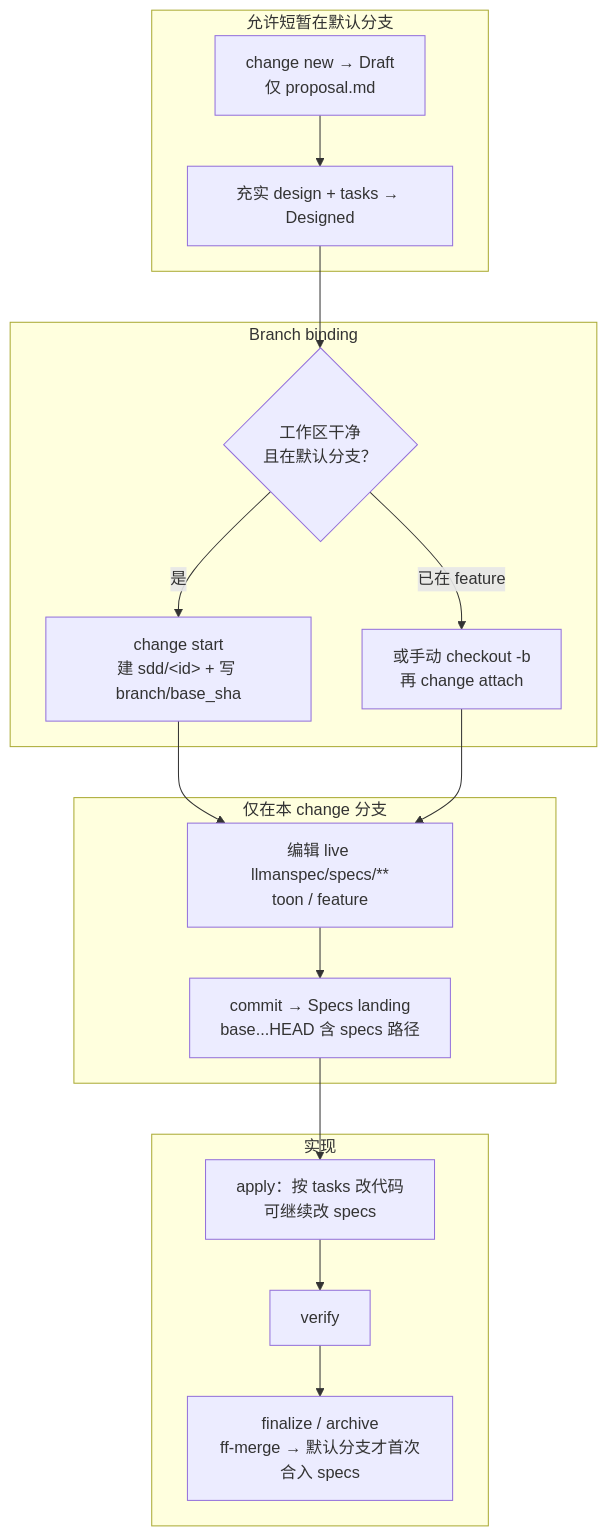
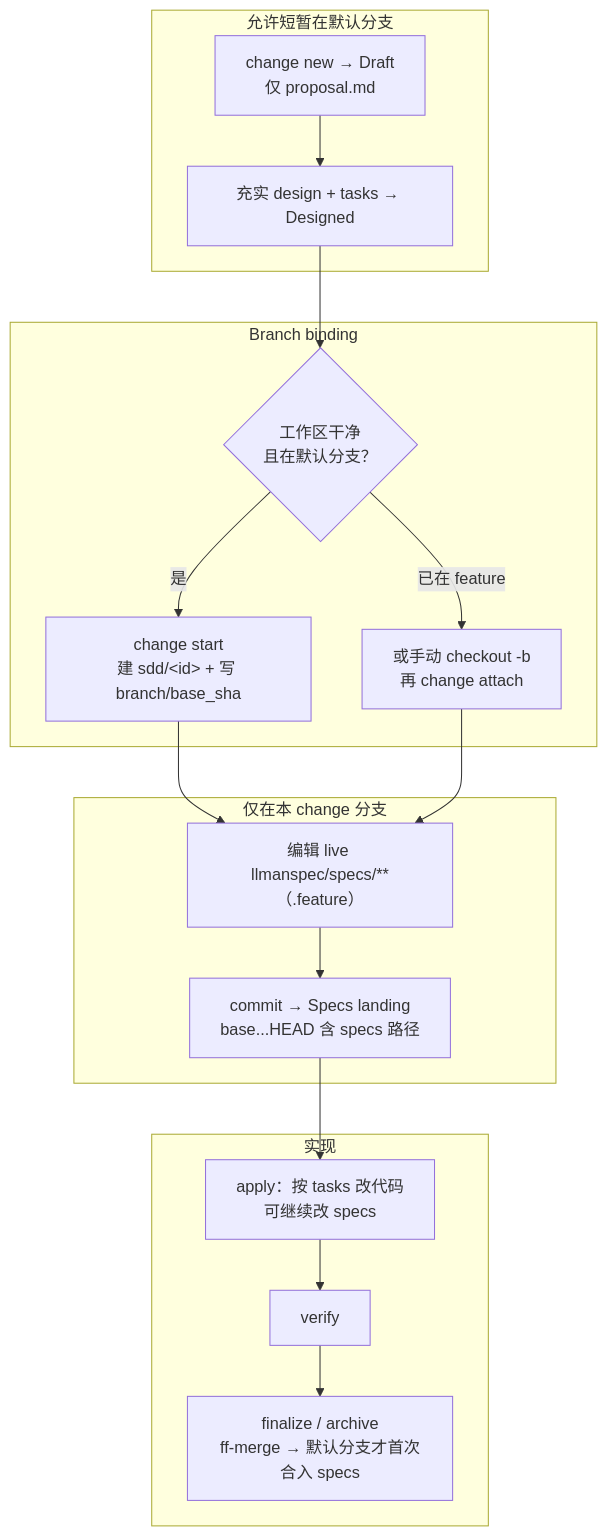
Before and after one commit to StrayDragon/xylitol: the first of 2 diagrams in .agents/skills/llman-sdd-propose/SKILL.md, drawn with Mermaid. The commit also changed other lines of this file and 13 other files, not shown here.

````diff
--- a/.agents/skills/llman-sdd-propose/SKILL.md
+++ b/.agents/skills/llman-sdd-propose/SKILL.md
@@ -21,29 +18,29 @@
 ```mermaid
 flowchart TB
   subgraph main_ok["允许短暂在默认分支"]
     A["change new → Draft<br/>仅 proposal.md"]
     B["充实 design + tasks → Designed"]
   end
 
   subgraph gate_start["Branch binding"]
     C{"工作区干净<br/>且在默认分支？"}
     D["change start<br/>建 sdd/&lt;id&gt; + 写 branch/base_sha"]
     E["或手动 checkout -b<br/>再 change attach"]
   end
 
   subgraph specs_only["仅在本 change 分支"]
-    F["编辑 live llmanspec/specs/**<br/>toon / feature"]
+    F["编辑 live llmanspec/specs/**（.feature）"]
     G["commit → Specs landing<br/>base...HEAD 含 specs 路径"]
   end
 
   subgraph implement["实现"]
     H["apply：按 tasks 改代码<br/>可继续改 specs"]
     I["verify"]
     J["finalize / archive<br/>ff-merge → 默认分支才首次合入 specs"]
   end
 
   A --> B --> C
   C -->|是| D --> F
   C -->|已在 feature| E --> F
   F --> G --> H --> I --> J
 ```
````
